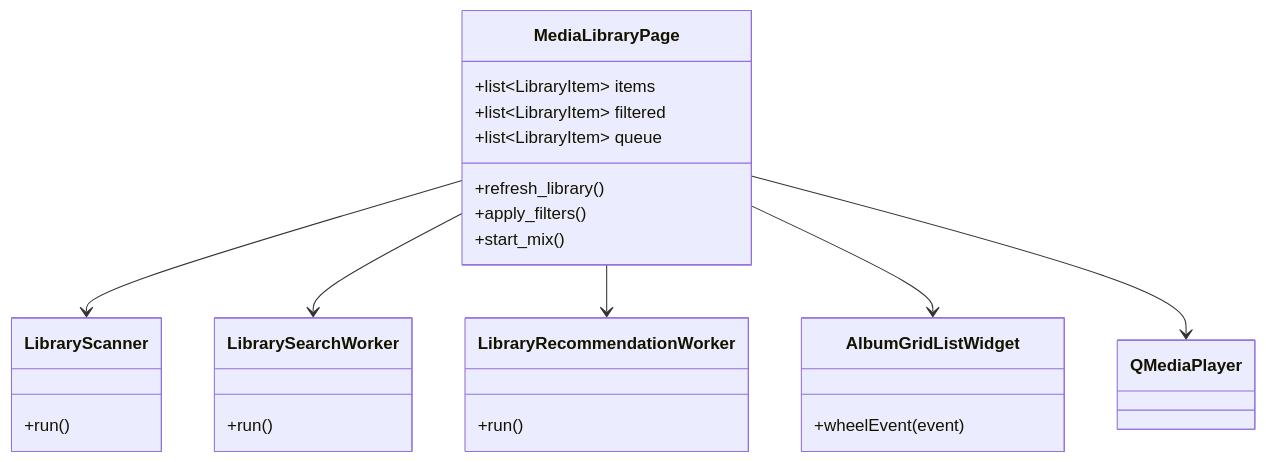
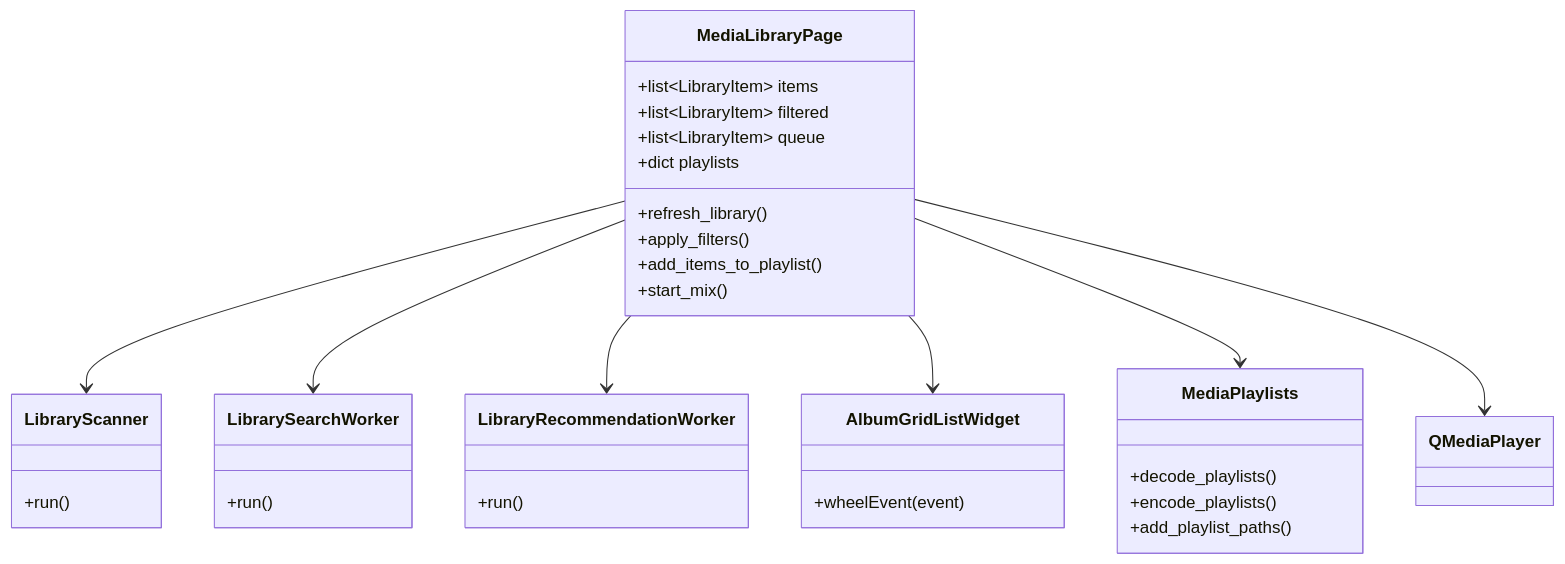
One commit to DhimanGhosh/YouTube_Media_Studio changed the seventh of 8 diagrams in docs/LOW_LEVEL_DESIGN.md. Above: the diagram before and after it, drawn with Mermaid. The commit also changed other lines of this file and 12 other files, not shown here.

First line of the commit message:
Add Media Library playlists and separate trim ranges (#14)

````diff
--- a/docs/LOW_LEVEL_DESIGN.md
+++ b/docs/LOW_LEVEL_DESIGN.md
@@ -264,30 +264,38 @@
 ```mermaid
 classDiagram
     class MediaLibraryPage {
       +list~LibraryItem~ items
       +list~LibraryItem~ filtered
       +list~LibraryItem~ queue
+      +dict playlists
       +refresh_library()
       +apply_filters()
+      +add_items_to_playlist()
       +start_mix()
     }
     class LibraryScanner {
       +run()
     }
     class LibrarySearchWorker {
       +run()
     }
     class LibraryRecommendationWorker {
       +run()
     }
     class AlbumGridListWidget {
       +wheelEvent(event)
     }
+    class MediaPlaylists {
+      +decode_playlists()
+      +encode_playlists()
+      +add_playlist_paths()
+    }
     class QMediaPlayer
 
     MediaLibraryPage --> LibraryScanner
     MediaLibraryPage --> LibrarySearchWorker
     MediaLibraryPage --> LibraryRecommendationWorker
     MediaLibraryPage --> AlbumGridListWidget
+    MediaLibraryPage --> MediaPlaylists
     MediaLibraryPage --> QMediaPlayer
 ```
````
